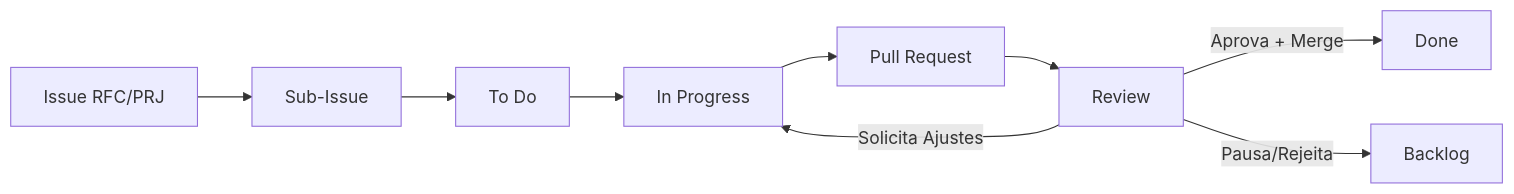
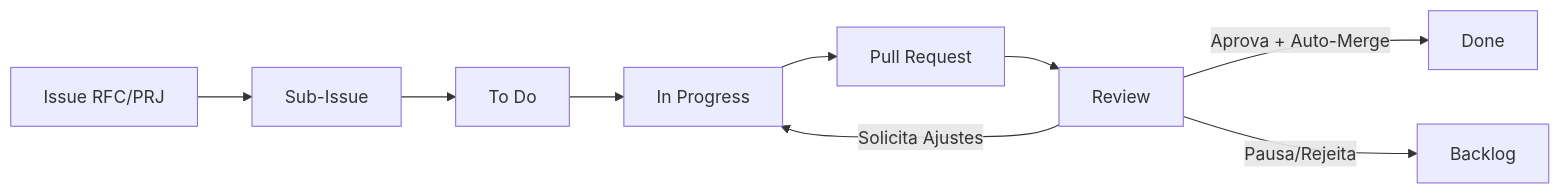
Before and after one commit to campos-labs/workspace: the diagram in CONTRIBUTING.md, drawn with Mermaid. The commit also changed other lines of this file, not shown here.

````diff
--- a/CONTRIBUTING.md
+++ b/CONTRIBUTING.md
@@ -52,13 +53,13 @@
 ```mermaid
 graph LR
     A[Issue RFC/PRJ]
     A --> B[Sub-Issue]
     B --> C[To Do]
     C --> D[In Progress]
     D --> E[Pull Request]
     E --> F[Review]
 
-    F -->|Aprova + Merge| G[Done]
+    F -->|Aprova + Auto-Merge| G[Done]
     F -->|Solicita Ajustes| D
     F -->|Pausa/Rejeita| H[Backlog]
 ```
````
